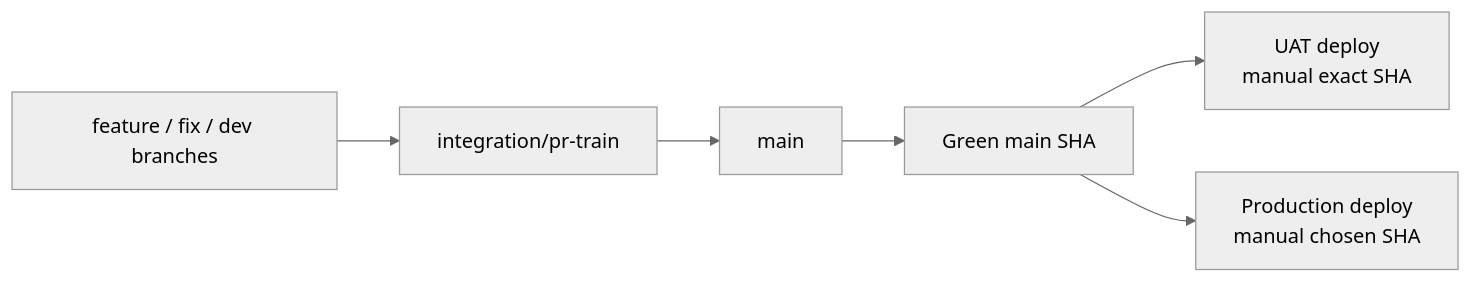
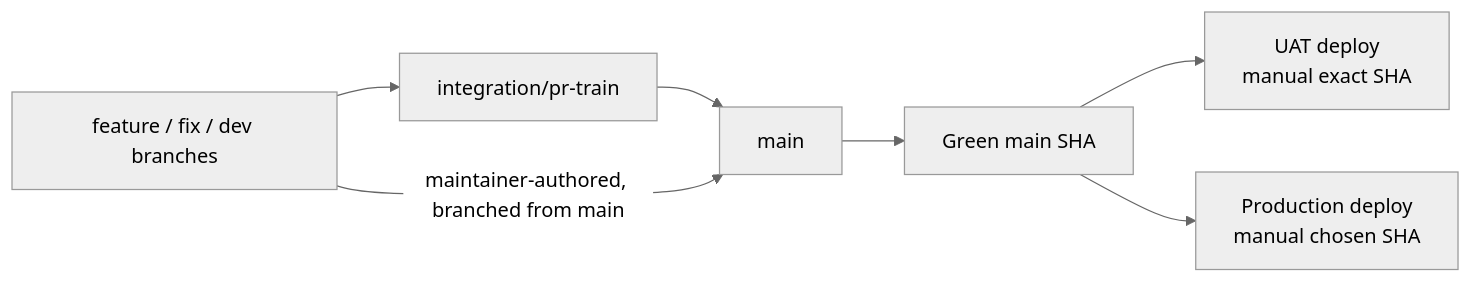
The diagram in docs/reference/operations/branch-governance.md (KARTHI-77/hushh-research), drawn with Mermaid (neutral theme) before and after one commit. The commit also changed other lines of this file and 5 other files, not shown here.

First line of the commit message:
governance: make maintainer direct-to-main the canonical model + add no-drift guard (#3680)

````diff
--- a/docs/reference/operations/branch-governance.md
+++ b/docs/reference/operations/branch-governance.md
@@ -6,12 +31,13 @@
 ```mermaid
 flowchart LR
   feature["feature / fix / dev branches"]
   train["integration/pr-train"]
   main["main"]
   green["Green main SHA"]
   uat["UAT deploy<br/>manual exact SHA"]
   prod["Production deploy<br/>manual chosen SHA"]
   feature --> train --> main --> green
+  feature -->|maintainer-authored, branched from main| main
   green --> uat
   green --> prod
 ```
````
